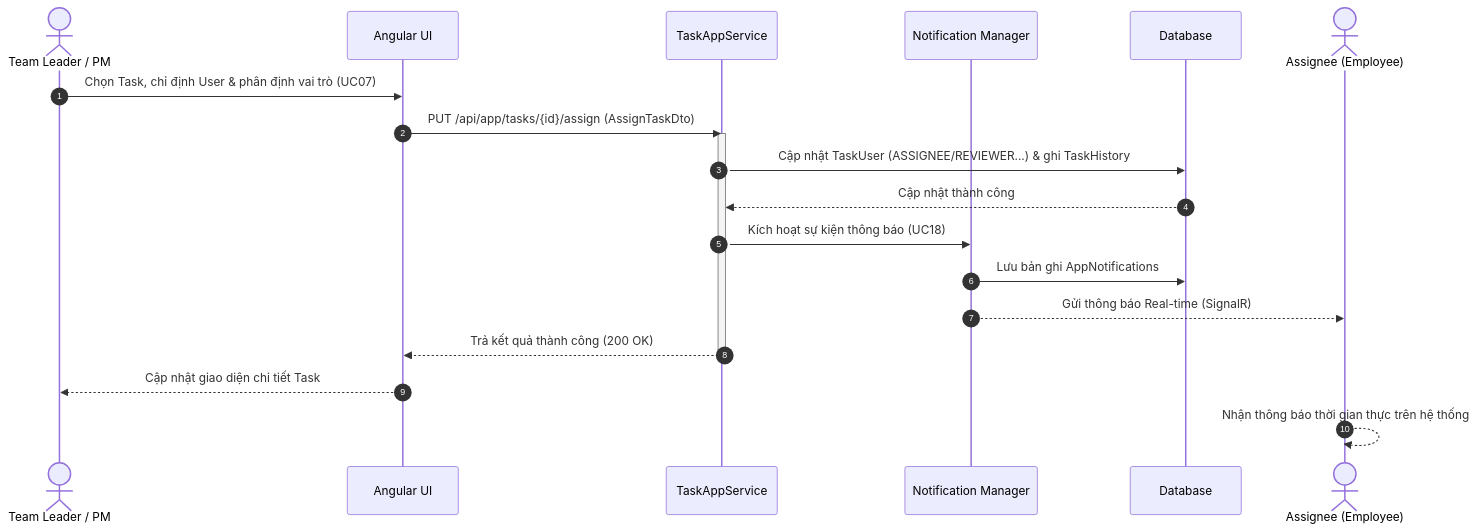
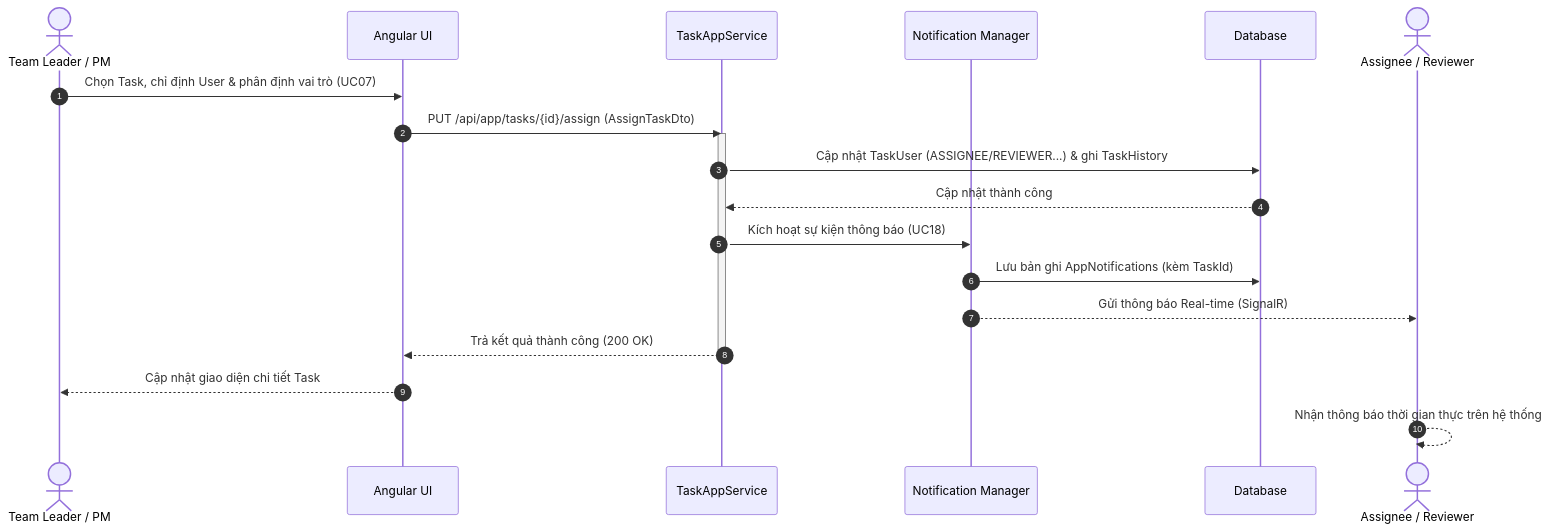
One commit to anhhthuu2404/task-management changed the second of 6 diagrams in document/sequence-diagram.md. Above: the diagram before and after it, drawn with Mermaid. The commit also changed other lines of this file and 4 other files, not shown here.

Commit message:
Update docs: Fix Usecase/Sequence, Add ERD/Class/Business

````diff
--- a/document/sequence-diagram.md
+++ b/document/sequence-diagram.md
@@ -38,27 +41,27 @@
 ```mermaid
 sequenceDiagram
     autonumber
     actor TL as Team Leader / PM
     participant UI as Angular UI
     participant AppSrv as TaskAppService
     participant NotifSrv as Notification Manager
     participant DB as Database
-    actor Emp as Assignee (Employee)
+    actor Emp as Assignee / Reviewer
 
     TL->>UI: Chọn Task, chỉ định User & phân định vai trò (UC07)
     UI->>AppSrv: PUT /api/app/tasks/{id}/assign (AssignTaskDto)
     activate AppSrv
-    
+
     AppSrv->>DB: Cập nhật TaskUser (ASSIGNEE/REVIEWER...) & ghi TaskHistory
     DB-->>AppSrv: Cập nhật thành công
-    
+
     AppSrv->>NotifSrv: Kích hoạt sự kiện thông báo (UC18)
-    NotifSrv->>DB: Lưu bản ghi AppNotifications
+    NotifSrv->>DB: Lưu bản ghi AppNotifications (kèm TaskId)
     NotifSrv-->>Emp: Gửi thông báo Real-time (SignalR)
-    
+
     AppSrv-->>UI: Trả kết quả thành công (200 OK)
     deactivate AppSrv
-    
+
     UI-->>TL: Cập nhật giao diện chi tiết Task
     Emp-->>Emp: Nhận thông báo thời gian thực trên hệ thống
 ```
````
